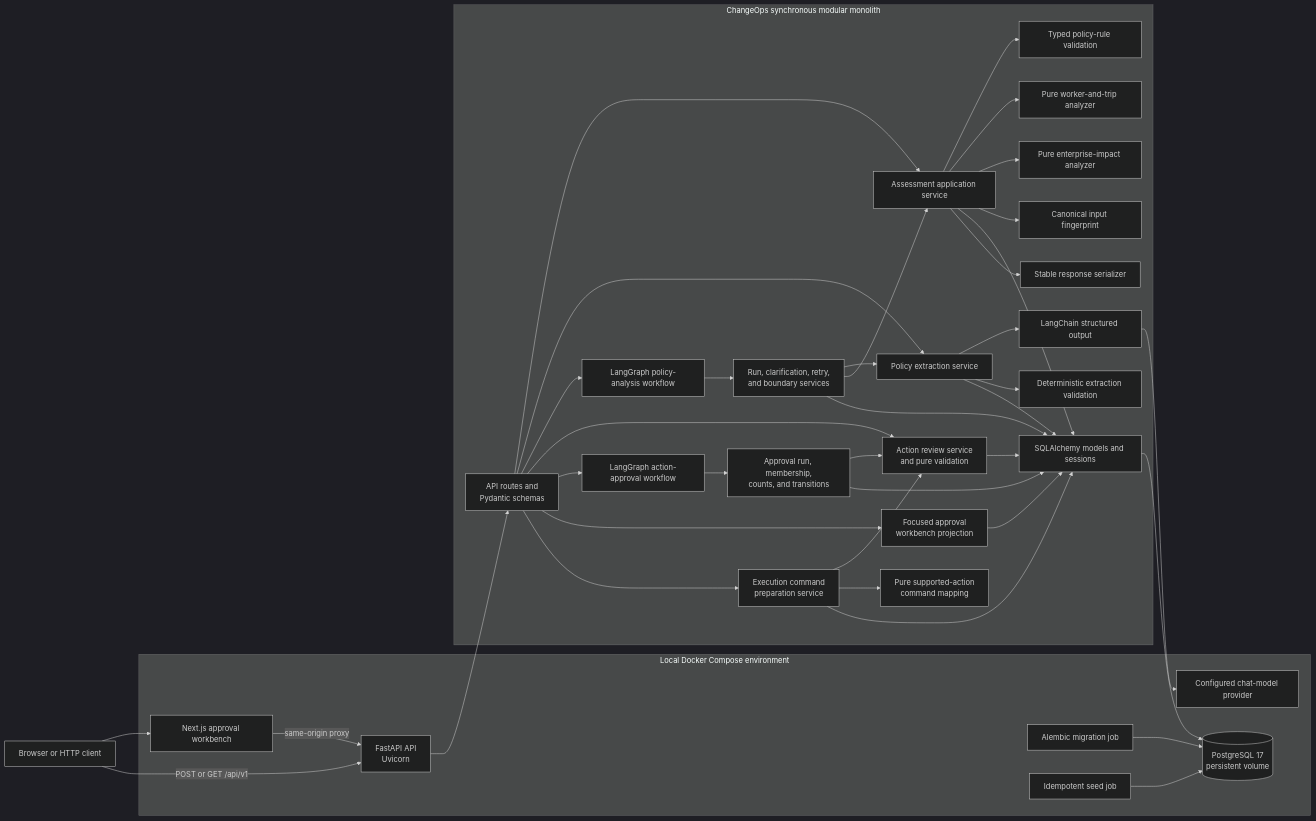
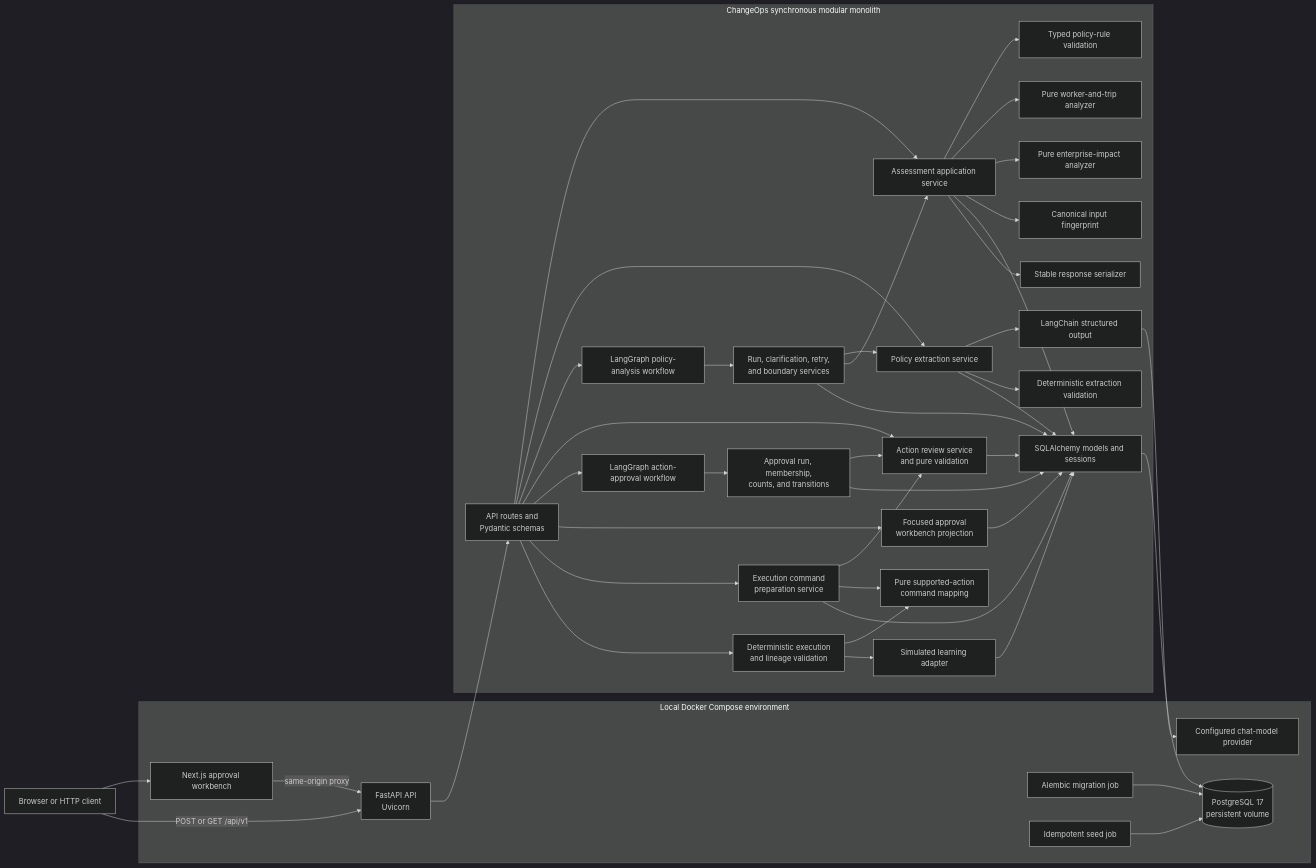
The first of 5 diagrams in docs/architecture.md (jaydreyer/ChangeOps), drawn with Mermaid (dark theme) before and after one commit. The commit also changed other lines of this file and 18 other files, not shown here.

````diff
--- a/docs/architecture.md
+++ b/docs/architecture.md
@@ -9,72 +9,78 @@
 ```mermaid
 flowchart LR
     Client["Browser or HTTP client"]
 
     subgraph Compose["Local Docker Compose environment"]
         API["FastAPI API<br/>Uvicorn"]
         Web["Next.js approval workbench"]
         LLM["Configured chat-model provider"]
         Migrate["Alembic migration job"]
         Seed["Idempotent seed job"]
         DB[("PostgreSQL 17<br/>persistent volume")]
     end
 
     subgraph Application["ChangeOps synchronous modular monolith"]
         Routes["API routes and<br/>Pydantic schemas"]
         Service["Assessment application service"]
         Extraction["Policy extraction service"]
         Workflow["LangGraph policy-analysis workflow"]
         RunService["Run, clarification, retry,<br/>and boundary services"]
         LC["LangChain structured output"]
         Validation["Deterministic extraction validation"]
         Rules["Typed policy-rule validation"]
         WorkerAnalyzer["Pure worker-and-trip analyzer"]
         EnterpriseAnalyzer["Pure enterprise-impact analyzer"]
         Fingerprint["Canonical input fingerprint"]
         Serializer["Stable response serializer"]
         Review["Action review service<br/>and pure validation"]
         ApprovalWorkflow["LangGraph action-approval workflow"]
         ApprovalService["Approval run, membership,<br/>counts, and transitions"]
         WorkbenchProjection["Focused approval<br/>workbench projection"]
         CommandPreparation["Execution command<br/>preparation service"]
         CommandMapping["Pure supported-action<br/>command mapping"]
+        ExecutionService["Deterministic execution<br/>and lineage validation"]
+        LearningAdapter["Simulated learning adapter"]
         ORM["SQLAlchemy models and sessions"]
     end
 
     Client --> Web
     Client -->|"POST or GET /api/v1"| API
     Web -->|"same-origin proxy"| API
     API --> Routes
     Routes --> Service
     Routes --> Extraction
     Routes --> Workflow
     Workflow --> RunService
     RunService --> Extraction
     RunService --> Service
     RunService --> ORM
     Extraction --> LC
     LC --> LLM
     Extraction --> Validation
     Extraction --> ORM
     Service --> Rules
     Service --> WorkerAnalyzer
     Service --> EnterpriseAnalyzer
     Service --> Fingerprint
     Service --> ORM
     Service --> Serializer
     Routes --> Review
     Routes --> ApprovalWorkflow
     ApprovalWorkflow --> ApprovalService
     ApprovalService --> Review
     ApprovalService --> ORM
     Review --> ORM
     Routes --> WorkbenchProjection
     WorkbenchProjection --> ORM
     Routes --> CommandPreparation
     CommandPreparation --> Review
     CommandPreparation --> CommandMapping
     CommandPreparation --> ORM
+    Routes --> ExecutionService
+    ExecutionService --> CommandMapping
+    ExecutionService --> LearningAdapter
+    LearningAdapter --> ORM
     ORM --> DB
     Migrate --> DB
     Seed --> DB
 ```
````
